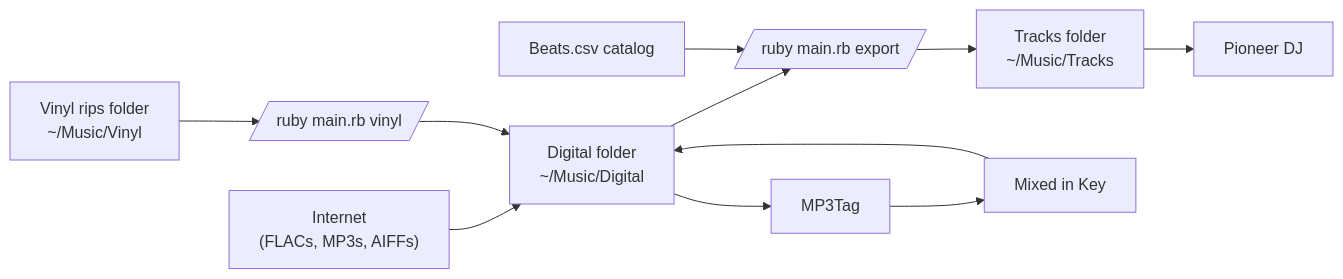
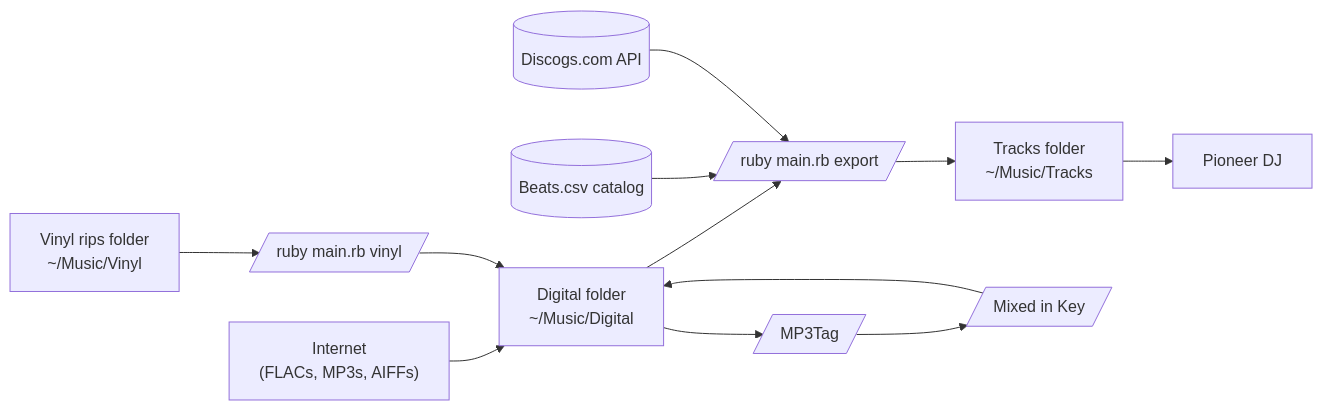
One commit to erithmetic/tracks changed the diagram in README.md. Above: the diagram before and after it, drawn with Mermaid.

Commit message:
Add discogs to README diagram

````diff
--- a/README.md
+++ b/README.md
@@ -21,19 +21,21 @@
 ```mermaid
 flowchart LR
   internet["Internet<br>(FLACs, MP3s, AIFFs)"]
   digital["Digital folder<br>~/Music/Digital"]
   vinyl["Vinyl rips folder<br>~/Music/Vinyl"]
   tracks["Tracks folder<br>~/Music/Tracks"]
   vinyl_script[/ruby main.rb vinyl/]
   export_script[/ruby main.rb export/]
   pdj[Pioneer DJ]
-  mik[Mixed in Key]
-  tag[MP3Tag]
-  beats[Beats.csv catalog]
+  mik[/Mixed in Key/]
+  tag[/MP3Tag/]
+  beats[(Beats.csv catalog)]
+  discogs[(Discogs.com API)]
 
   internet --> digital
   digital --> tag --> mik --> digital
   vinyl --> vinyl_script --> digital
   digital --> export_script --> tracks --> pdj
   beats --> export_script
+  discogs --> export_script
 ```
````
